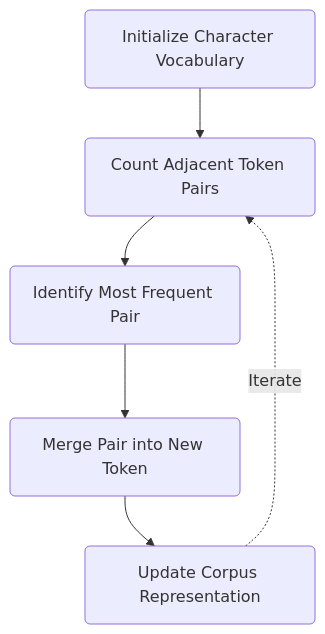
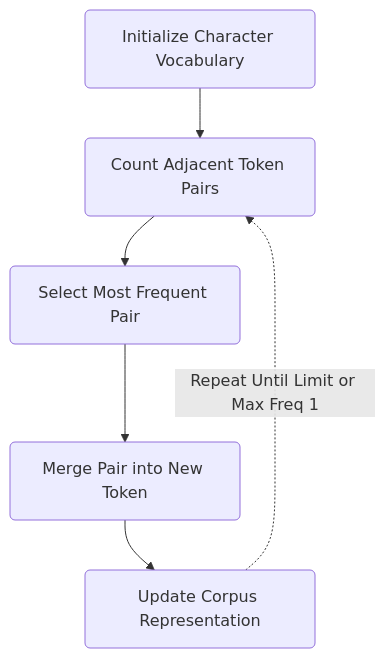
The diagram in blog/content/series/tokenization/chapter_02.md (Lyd1aCla1r3/lyd1acla1r3.github.io), drawn with Mermaid before and after one commit. The commit also changed other lines of this file and 243 other files, not shown here.

````diff
--- a/blog/content/series/tokenization/chapter_02.md
+++ b/blog/content/series/tokenization/chapter_02.md
@@ -97,8 +97,8 @@
 ```mermaid
 graph TD
     A("Initialize Character Vocabulary") --> B("Count Adjacent Token Pairs")
-    B --> C("Identify Most Frequent Pair")
-    C("Identify Most Frequent Pair") --> D("Merge Pair into New Token")
-    D("Merge Pair into New Token") --> E("Update Corpus Representation")
-    E("Update Corpus Representation") -.->|Iterate| B("Count Adjacent Token Pairs")
+    B --> C("Select Most Frequent Pair")
+    C --> D("Merge Pair into New Token")
+    D --> E("Update Corpus Representation")
+    E -.->|Repeat Until Limit or Max Freq 1| B
 ```
````
